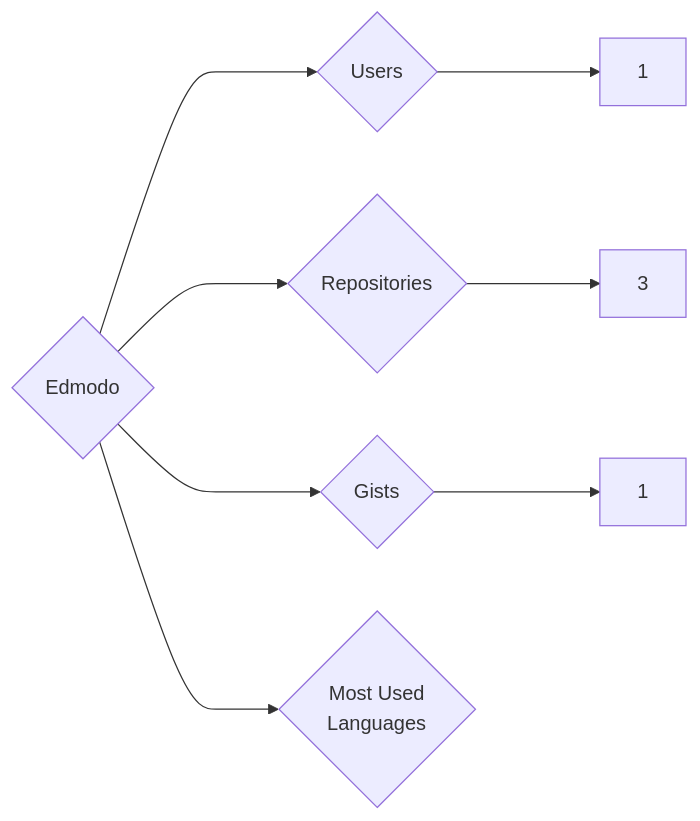
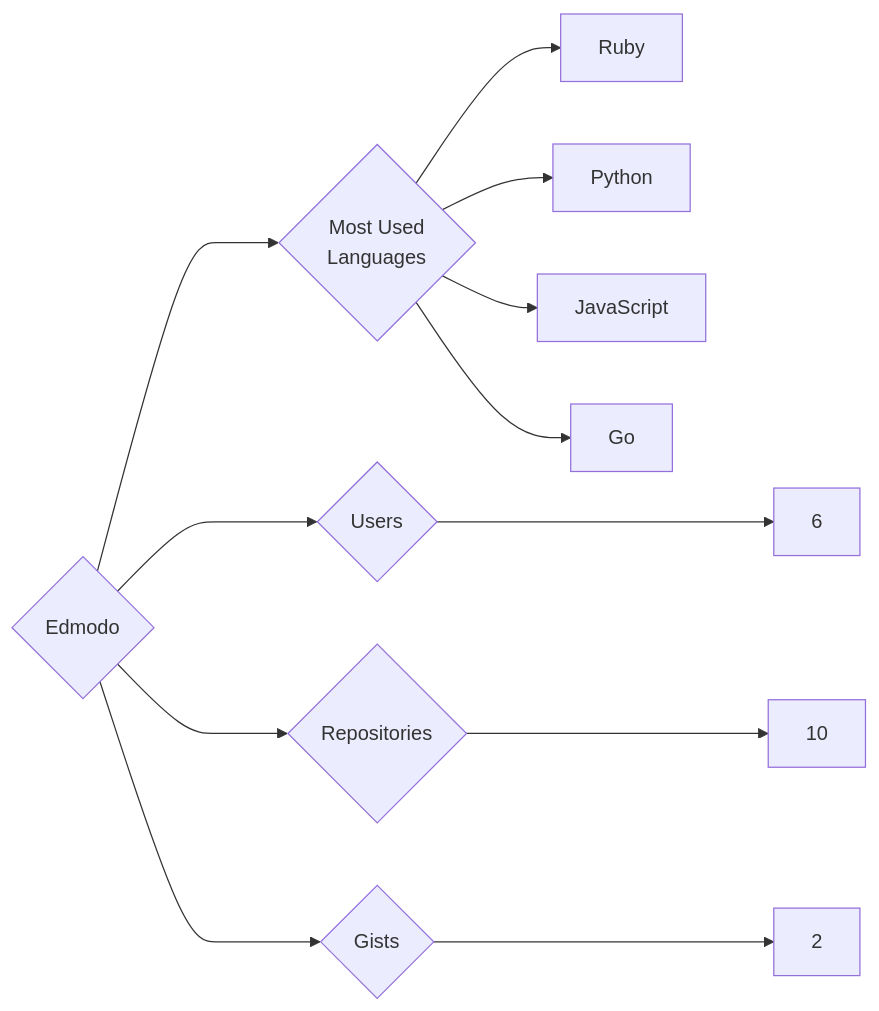
Before and after one commit to trickest/insiders: the diagram in targets/Edmodo/README.md, drawn with Mermaid. The commit also changed 891 other files, not shown here.

````diff
--- a/targets/Edmodo/README.md
+++ b/targets/Edmodo/README.md
@@ -3,8 +3,12 @@
 ```mermaid
 graph LR
 COMPANY_NAME{Edmodo}
-COMPANY_NAME ---> U{Users} ---> UN[1]
-COMPANY_NAME ---> R{Repositories} ---> RN[3]
-COMPANY_NAME ---> G{Gists} ---> GN[1]
+COMPANY_NAME ---> U{Users} ---> UN[6]
+COMPANY_NAME ---> R{Repositories} ---> RN[10]
+COMPANY_NAME ---> G{Gists} ---> GN[2]
 COMPANY_NAME ---> ML{Most Used<br>Languages}
+ML --> Ruby[Ruby]
+ML --> Python[Python]
+ML --> JavaScript[JavaScript]
+ML --> Go[Go]
 ```
````
